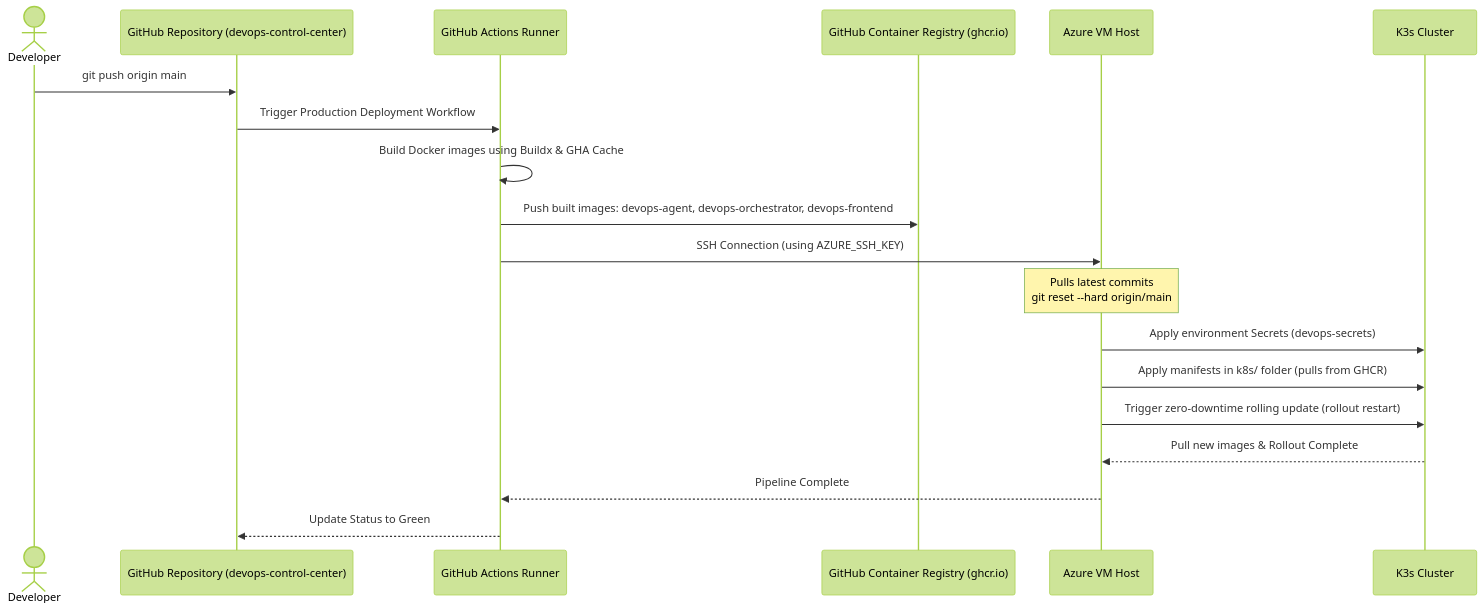
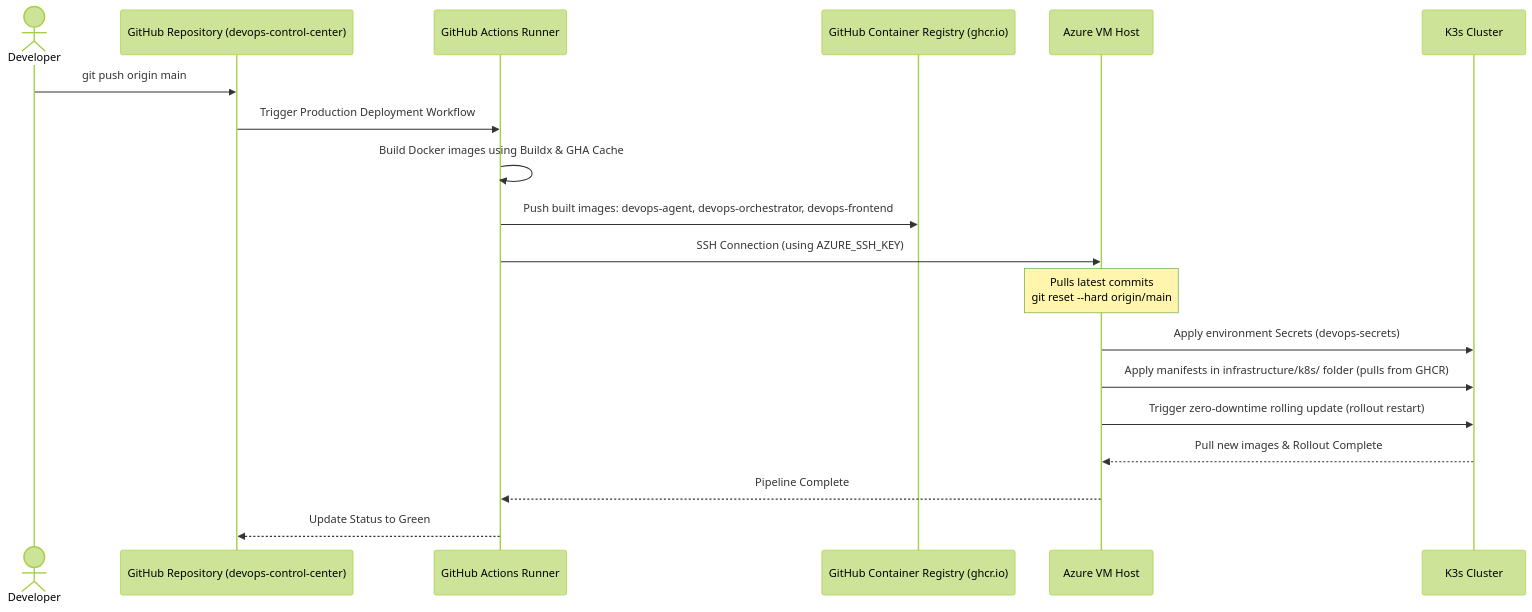
Before and after one commit to mattDev0/devops-control-center: the second of 2 diagrams in README.md, drawn with Mermaid (forest theme). The commit also changed other lines of this file and 15 other files, not shown here.

````diff
--- a/README.md
+++ b/README.md
@@ -147,22 +147,22 @@
 ```mermaid
 sequenceDiagram
     actor Developer
     participant GitHub as GitHub Repository (devops-control-center)
     participant Runner as GitHub Actions Runner
     participant GHCR as GitHub Container Registry (ghcr.io)
     participant VM as Azure VM Host
     participant K3s as K3s Cluster
 
     Developer->>GitHub: git push origin main
     GitHub->>Runner: Trigger Production Deployment Workflow
     Runner->>Runner: Build Docker images using Buildx & GHA Cache
     Runner->>GHCR: Push built images: devops-agent, devops-orchestrator, devops-frontend
     Runner->>VM: SSH Connection (using AZURE_SSH_KEY)
     Note over VM: Pulls latest commits<br/>git reset --hard origin/main
     VM->>K3s: Apply environment Secrets (devops-secrets)
-    VM->>K3s: Apply manifests in k8s/ folder (pulls from GHCR)
+    VM->>K3s: Apply manifests in infrastructure/k8s/ folder (pulls from GHCR)
     VM->>K3s: Trigger zero-downtime rolling update (rollout restart)
     K3s-->>VM: Pull new images & Rollout Complete
     VM-->>Runner: Pipeline Complete
     Runner-->>GitHub: Update Status to Green
 ```
````
